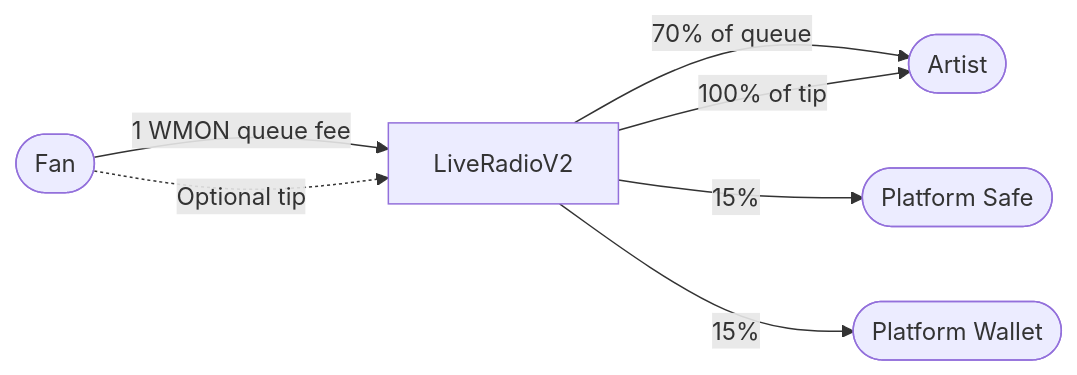
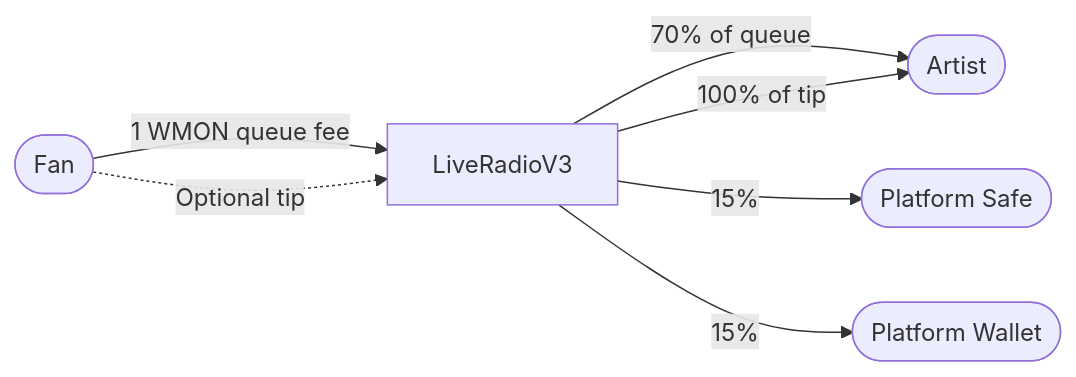
One commit to EmpowerTours/fcempowertours changed the fifth of 12 diagrams in README.md. Above: the diagram before and after it, drawn with Mermaid. The commit also changed other lines of this file, not shown here.

First line of the commit message:
docs: revert radio address to V3 — production was right, I was not

````diff
--- a/README.md
+++ b/README.md
@@ -764,9 +764,9 @@
 ```mermaid
 flowchart LR
-    Fan([Fan]) -->|1 WMON queue fee| Radio[LiveRadioV2]
+    Fan([Fan]) -->|1 WMON queue fee| Radio[LiveRadioV3]
     Fan -.->|Optional tip| Radio
     Radio -->|70% of queue| Artist([Artist])
     Radio -->|15%| PlatformSafe([Platform Safe])
     Radio -->|15%| PlatformWallet([Platform Wallet])
     Radio -->|100% of tip| Artist
 ```
````
